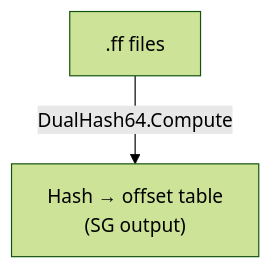
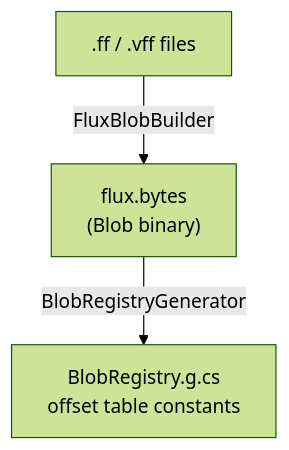
One commit to twds0x13/FluxFormula changed the first of 3 diagrams in docs/en/technical/compile-cache.md. Above: the diagram before and after it, drawn with Mermaid (forest theme). The commit also changed other lines of this file and 60 other files, not shown here.

First line of the commit message:
feat: add blob registry system with source generator and addressables support

````diff
--- a/docs/en/technical/compile-cache.md
+++ b/docs/en/technical/compile-cache.md
@@ -9,4 +9,5 @@
 ```mermaid
 flowchart TD
-    A[".ff files"] -->|DualHash64.Compute| B["Hash → offset table<br/>(SG output)"]
+    A[".ff / .vff files"] -->|FluxBlobBuilder| B["flux.bytes<br/>(Blob binary)"]
+    B -->|BlobRegistryGenerator| C["BlobRegistry.g.cs<br/>offset table constants"]
 ```
````
